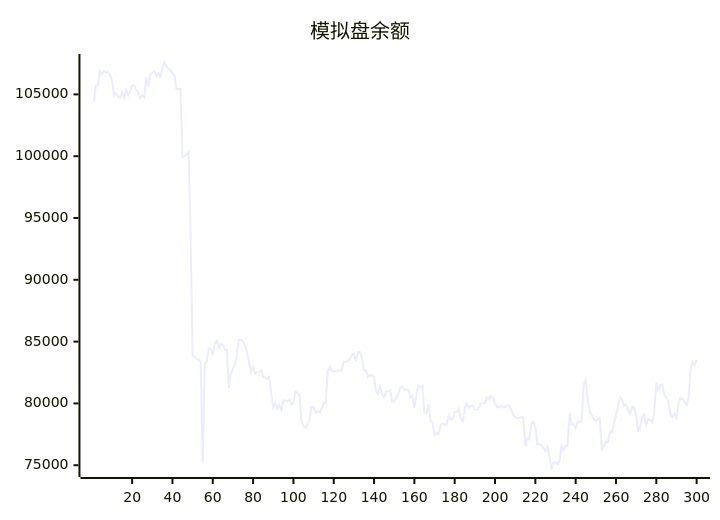
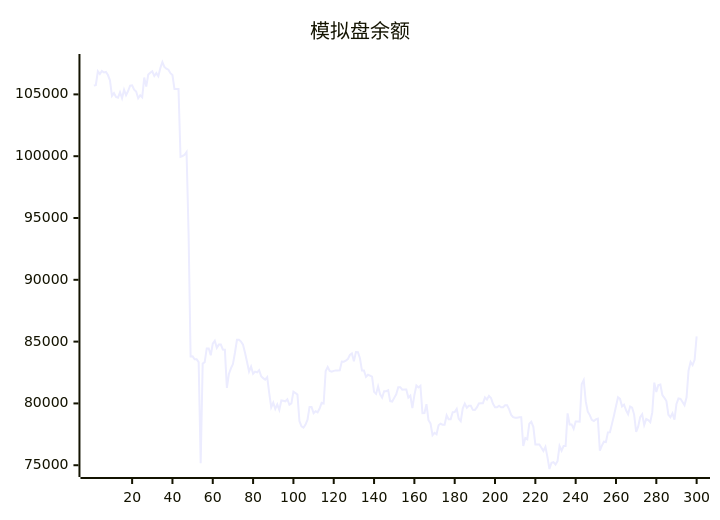
Before and after one commit to aahl/ai-trading: the diagram in README.md, drawn with Mermaid. The commit also changed other lines of this file and 1 other file, not shown here.

````diff
--- a/README.md
+++ b/README.md
@@ -5,5 +5,5 @@
 ```mermaid
 xychart
     title "模拟盘余额"
-    line [104404,105715,105749,106866,106651,106889,106771,106816,106565,106141,104876,105103,104796,104734,105169,104690,105380,104941,105272,105709,105739,105374,105227,104691,104924,104762,106364,105628,106608,106748,106872,106485,106721,106468,107132,107620,107224,107080,107001,106717,106567,105431,105431,105440,99950,100017,100113,100337,93749,83795,83807,83567,83567,83342,75168,83222,83336,84448,84449,83896,84839,85065,84499,84757,84757,84364,84347,81254,82385,82835,83184,84099,85150,85150,85002,84751,84096,83356,82582,82983,82404,82572,82512,82688,82200,82047,81920,82125,80840,79688,80060,79552,79920,79470,80236,80208,80170,80336,79894,80006,80954,80837,80712,78561,78139,78037,78293,78682,79720,79720,79214,79372,79279,79591,80046,79993,82625,82950,82626,82571,82633,82670,82670,82681,83386,83378,83464,83579,83920,84037,83402,84160,84142,83652,82655,82655,82145,82315,82243,82163,80934,80770,81371,80742,80468,80989,80989,81067,80191,80155,80450,80737,81309,81309,81106,81119,81119,80471,80631,79624,80670,81448,81290,81429,79212,79222,79940,78643,78380,77432,77623,77504,78235,78358,78284,78277,79048,78714,78714,79290,79308,79567,78763,78563,79603,79988,79652,79813,79813,79476,79469,79673,79995,80015,80015,80486,80314,80600,80436,79966,79689,79689,79819,79692,79692,79850,79850,79518,79071,78889,78850,78850,78878,78878,76554,77202,77103,78357,78510,78106,76678,76677,76672,76411,76159,76485,75656,74695,75197,75246,75052,75334,76564,76179,76553,76551,79196,78300,78300,77944,78531,78531,78521,81564,81884,80160,79335,79055,78675,78580,78708,78764,76179,76586,76902,76876,77658,77669,78346,79023,79769,80497,80366,79761,79896,79448,79126,79749,79658,79097,77695,78114,78888,79126,78249,78738,78653,78478,79271,81680,80923,81488,81527,80681,80455,80190,79084,78879,79193,78686,79954,80403,80374,80118,79848,80491,82665,83351,83098,83525]
+    line [105715,105749,106866,106651,106889,106771,106816,106565,106141,104876,105103,104796,104734,105169,104690,105380,104941,105272,105709,105739,105374,105227,104691,104924,104762,106364,105628,106608,106748,106872,106485,106721,106468,107132,107620,107224,107080,107001,106717,106567,105431,105431,105440,99950,100017,100113,100337,93749,83795,83807,83567,83567,83342,75168,83222,83336,84448,84449,83896,84839,85065,84499,84757,84757,84364,84347,81254,82385,82835,83184,84099,85150,85150,85002,84751,84096,83356,82582,82983,82404,82572,82512,82688,82200,82047,81920,82125,80840,79688,80060,79552,79920,79470,80236,80208,80170,80336,79894,80006,80954,80837,80712,78561,78139,78037,78293,78682,79720,79720,79214,79372,79279,79591,80046,79993,82625,82950,82626,82571,82633,82670,82670,82681,83386,83378,83464,83579,83920,84037,83402,84160,84142,83652,82655,82655,82145,82315,82243,82163,80934,80770,81371,80742,80468,80989,80989,81067,80191,80155,80450,80737,81309,81309,81106,81119,81119,80471,80631,79624,80670,81448,81290,81429,79212,79222,79940,78643,78380,77432,77623,77504,78235,78358,78284,78277,79048,78714,78714,79290,79308,79567,78763,78563,79603,79988,79652,79813,79813,79476,79469,79673,79995,80015,80015,80486,80314,80600,80436,79966,79689,79689,79819,79692,79692,79850,79850,79518,79071,78889,78850,78850,78878,78878,76554,77202,77103,78357,78510,78106,76678,76677,76672,76411,76159,76485,75656,74695,75197,75246,75052,75334,76564,76179,76553,76551,79196,78300,78300,77944,78531,78531,78521,81564,81884,80160,79335,79055,78675,78580,78708,78764,76179,76586,76902,76876,77658,77669,78346,79023,79769,80497,80366,79761,79896,79448,79126,79749,79658,79097,77695,78114,78888,79126,78249,78738,78653,78478,79271,81680,80923,81488,81527,80681,80455,80190,79084,78879,79193,78686,79954,80403,80374,80118,79848,80491,82665,83351,83098,83525,85430]
 ```
````
